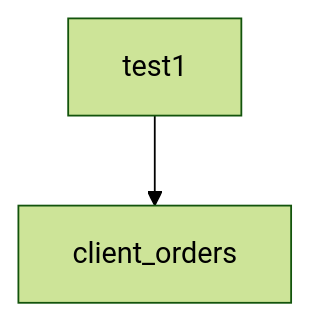
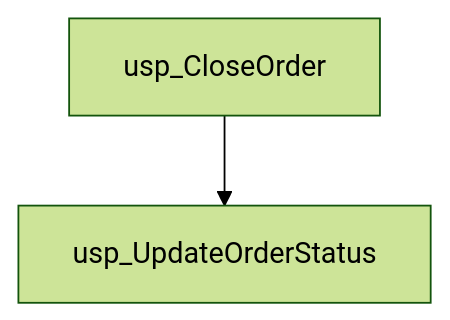
The third of 3 diagrams in output/documents/procedures.md (25Jayesh10/Data_Lineage_Analyser_and_Document_Generator), drawn with Mermaid (forest theme) before and after one commit. The commit also changed other lines of this file and 25 other files, not shown here.

Commit message:
updated schema and test cases

````diff
--- a/output/documents/procedures.md
+++ b/output/documents/procedures.md
@@ -262,4 +127,4 @@
 ```mermaid
 graph TD
-    test1 --> client_orders
+    usp_CloseOrder --> usp_UpdateOrderStatus
 ```
````
